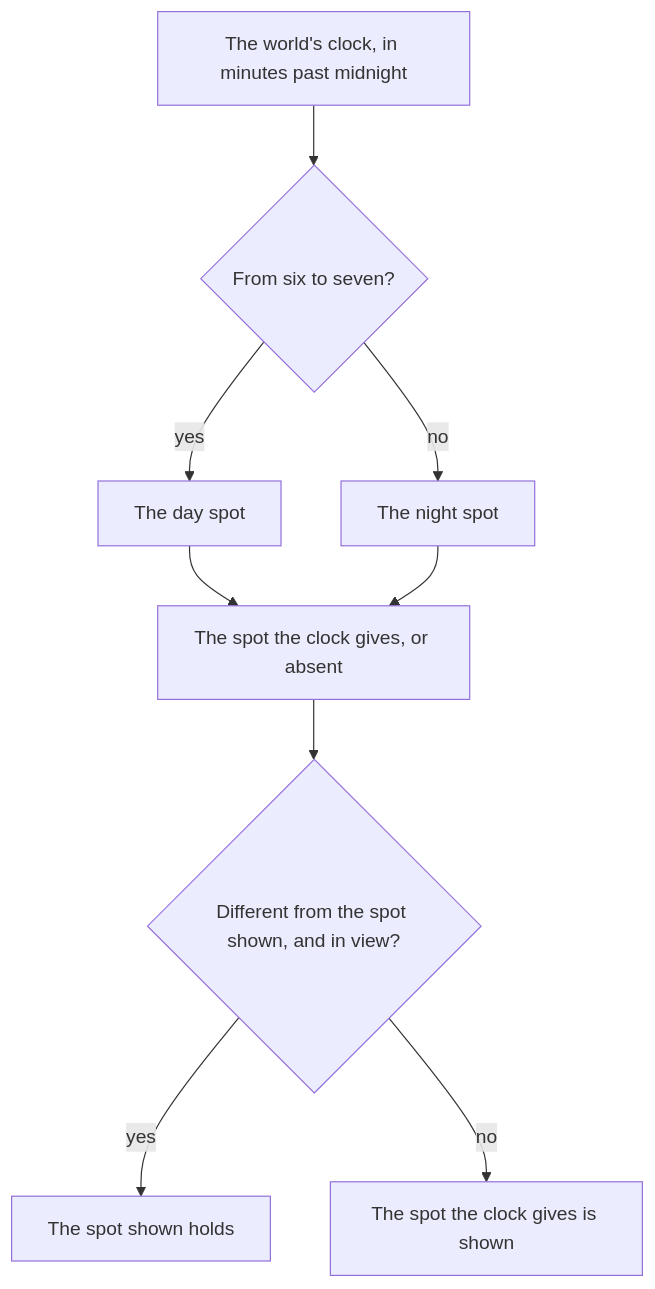
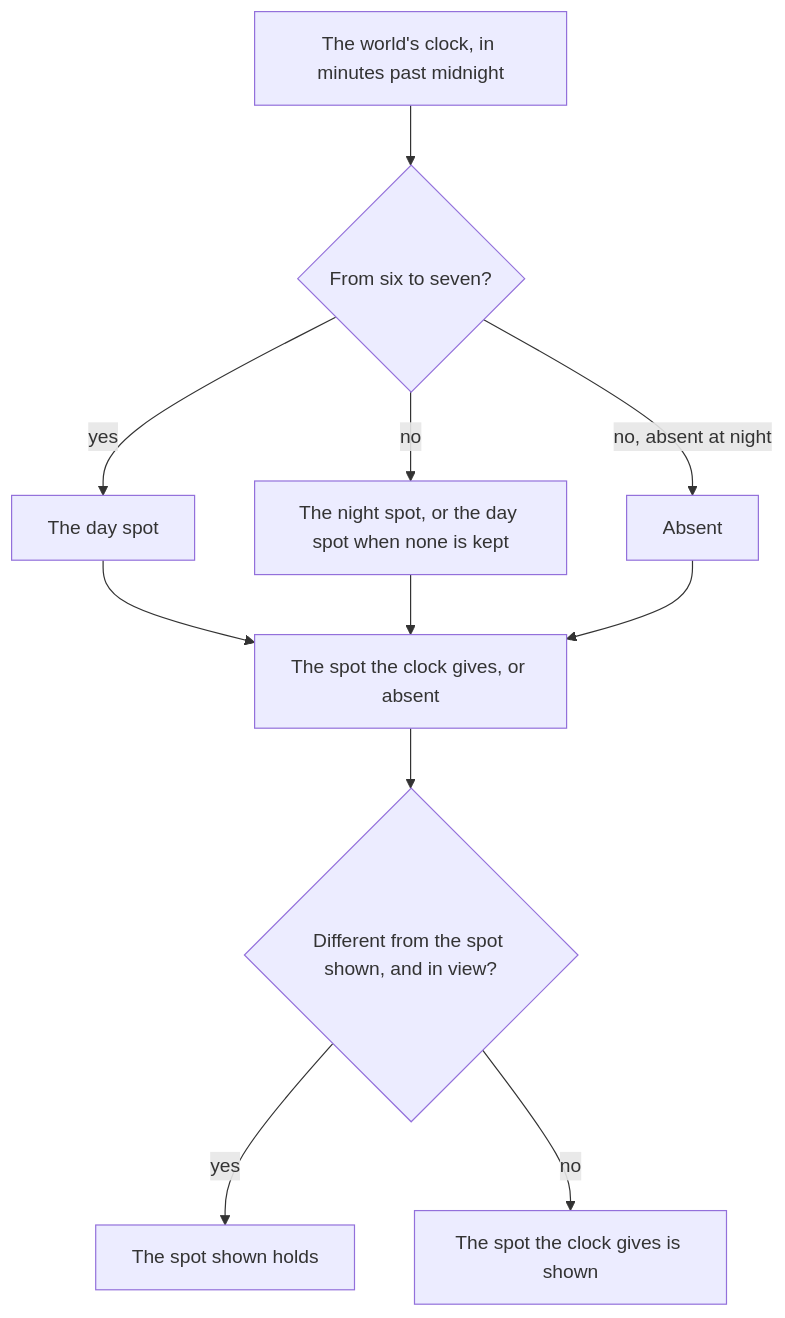
Before and after one commit to Esposter/Esposter: the first of 2 diagrams in apps/web/content/docs/genshin/resident-schedules.md, drawn with Mermaid. The commit also changed other lines of this file and 4 other files, not shown here.

First line of the commit message:
fix(genshin): a resident with no night spot keeps their day spot through the night, absent at night only where the data says so

````diff
--- a/apps/web/content/docs/genshin/resident-schedules.md
+++ b/apps/web/content/docs/genshin/resident-schedules.md
@@ -12,11 +12,13 @@
 ```mermaid
 flowchart TD
   CLOCK["The world's clock, in minutes past midnight"] --> PERIOD{"From six to seven?"}
   PERIOD -->|"yes"| DAY["The day spot"]
-  PERIOD -->|"no"| NIGHT["The night spot"]
+  PERIOD -->|"no"| NIGHT["The night spot, or the day spot when none is kept"]
+  PERIOD -->|"no, absent at night"| ABSENT["Absent"]
   DAY --> TARGET["The spot the clock gives, or absent"]
   NIGHT --> TARGET
+  ABSENT --> TARGET
   TARGET --> SHOWN{"Different from the spot shown, and in view?"}
   SHOWN -->|"yes"| HELD["The spot shown holds"]
   SHOWN -->|"no"| MOVED["The spot the clock gives is shown"]
 ```
````
